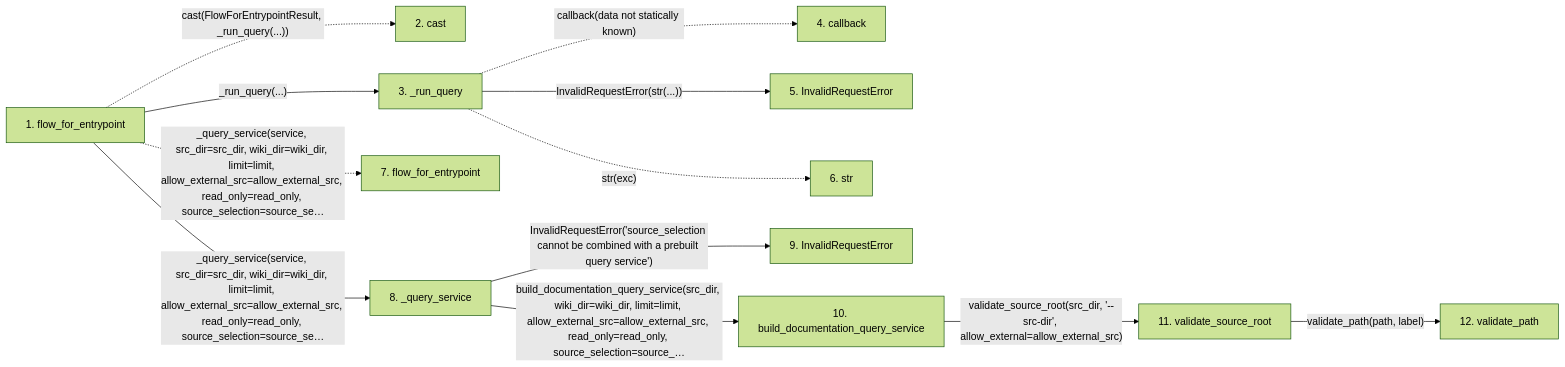
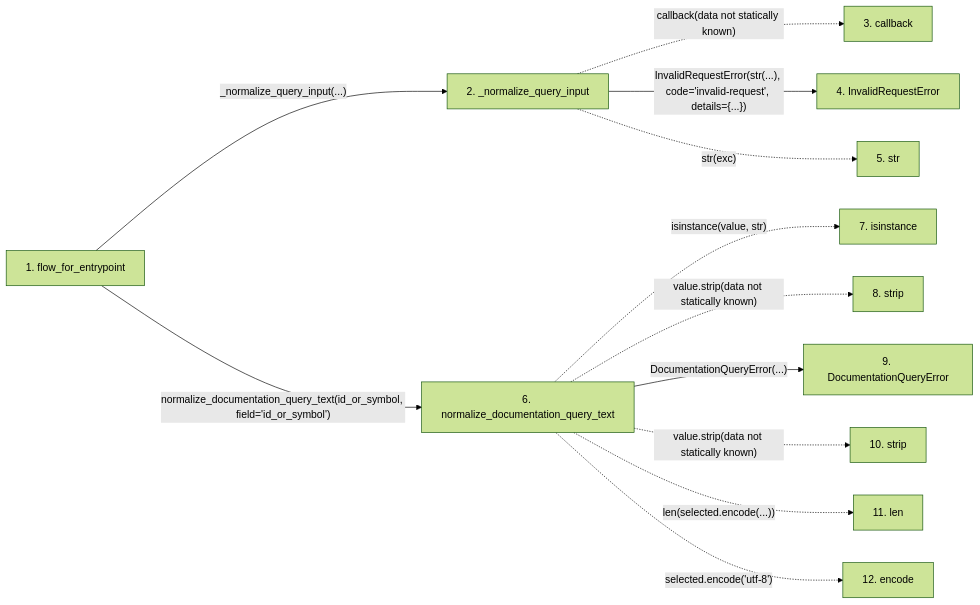
The second of 2 diagrams in docs/llm_wiki/flows/api-flow_for_entrypoint.md (Denissvgn/python-wiki-llm), drawn with Mermaid (forest theme) before and after one commit. The commit also changed other lines of this file and 364 other files, not shown here.

````diff
--- a/docs/llm_wiki/flows/api-flow_for_entrypoint.md
+++ b/docs/llm_wiki/flows/api-flow_for_entrypoint.md
@@ -85,34 +83,31 @@
 ```mermaid
 flowchart LR
     s1["1. flow_for_entrypoint"]
-    s2["2. cast"]
-    s3["3. _run_query"]
-    s4["4. callback"]
-    s5["5. InvalidRequestError"]
-    s6["6. str"]
-    s7["7. flow_for_entrypoint"]
-    s8["8. _query_service"]
-    s9["9. InvalidRequestError"]
-    s10["10. build_documentation_query_service"]
-    s11["11. validate_source_root"]
-    s12["12. validate_path"]
-    s1 -. "cast(FlowForEntrypointResult, _run_query(...))" .-> s2
-    s1 -->|"_run_query(...)"| s3
-    s3 -. "callback(data not statically known)" .-> s4
-    s3 -->|"InvalidRequestError(str(...))"| s5
-    s3 -. "str(exc)" .-> s6
-    s1 -. "_query_service(service, src_dir=src_dir, wiki_dir=wiki_dir, limit=limit, allow_external_src=allow_external_src, read_only=read_only, source_selection=source_se…" .-> s7
-    s1 -->|"_query_service(service, src_dir=src_dir, wiki_dir=wiki_dir, limit=limit, allow_external_src=allow_external_src, read_only=read_only, source_selection=source_se…"| s8
-    s8 -->|"InvalidRequestError('source_selection cannot be combined with a prebuilt query service')"| s9
-    s8 -->|"build_documentation_query_service(src_dir, wiki_dir=wiki_dir, limit=limit, allow_external_src=allow_external_src, read_only=read_only, source_selection=source_…"| s10
-    s10 -->|"validate_source_root(src_dir, '--src-dir', allow_external=allow_external_src)"| s11
-    s11 -->|"validate_path(path, label)"| s12
+    s2["2. _normalize_query_input"]
+    s3["3. callback"]
+    s4["4. InvalidRequestError"]
+    s5["5. str"]
+    s6["6. normalize_documentation_query_text"]
+    s7["7. isinstance"]
+    s8["8. strip"]
+    s9["9. DocumentationQueryError"]
+    s10["10. strip"]
+    s11["11. len"]
+    s12["12. encode"]
+    s1 -->|"_normalize_query_input(...)"| s2
+    s2 -. "callback(data not statically known)" .-> s3
+    s2 -->|"InvalidRequestError(str(...), code='invalid-request', details={...})"| s4
+    s2 -. "str(exc)" .-> s5
+    s1 -->|"normalize_documentation_query_text(id_or_symbol, field='id_or_symbol')"| s6
+    s6 -. "isinstance(value, str)" .-> s7
+    s6 -. "value.strip(data not statically known)" .-> s8
+    s6 -->|"DocumentationQueryError(...)"| s9
+    s6 -. "value.strip(data not statically known)" .-> s10
+    s6 -. "len(selected.encode(...))" .-> s11
+    s6 -. "selected.encode('utf-8')" .-> s12
     click s1 "../modules/api.md"
-    click s3 "../modules/api.md"
-    click s5 "../modules/api.md"
-    click s8 "../modules/api.md"
-    click s9 "../modules/api.md"
-    click s10 "../modules/api.md"
-    click s11 "../modules/config.md"
-    click s12 "../modules/config.md"
+    click s2 "../modules/api.md"
+    click s4 "../modules/api.md"
+    click s6 "../modules/documentation_query_builder.md"
+    click s9 "../modules/documentation_queries.md"
 ```
````
